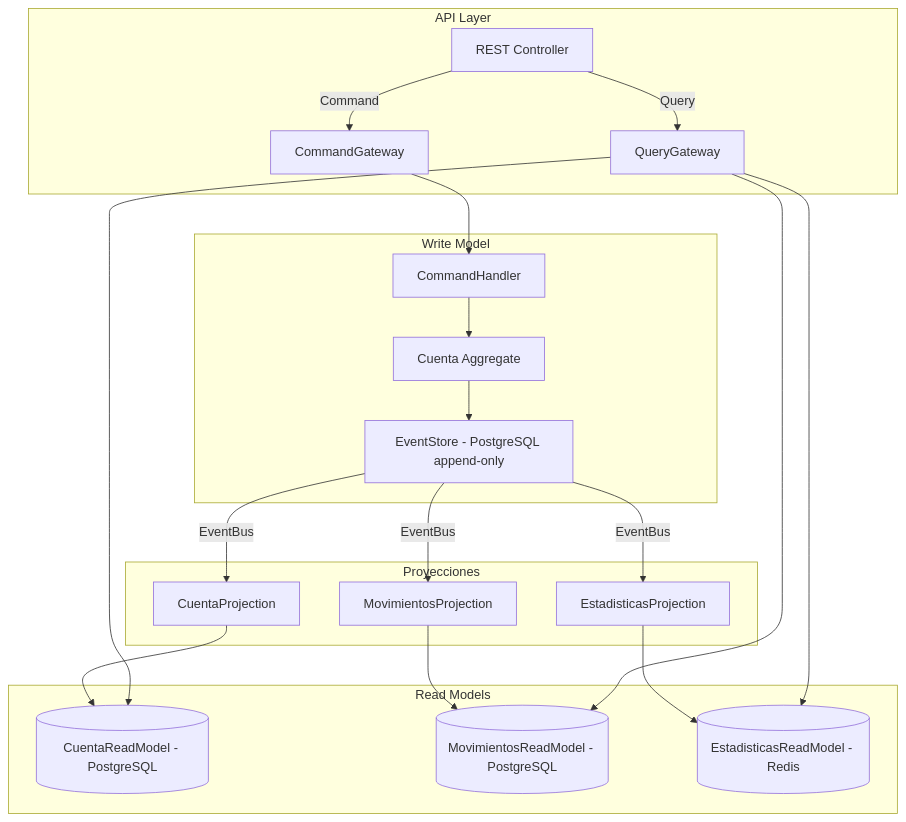
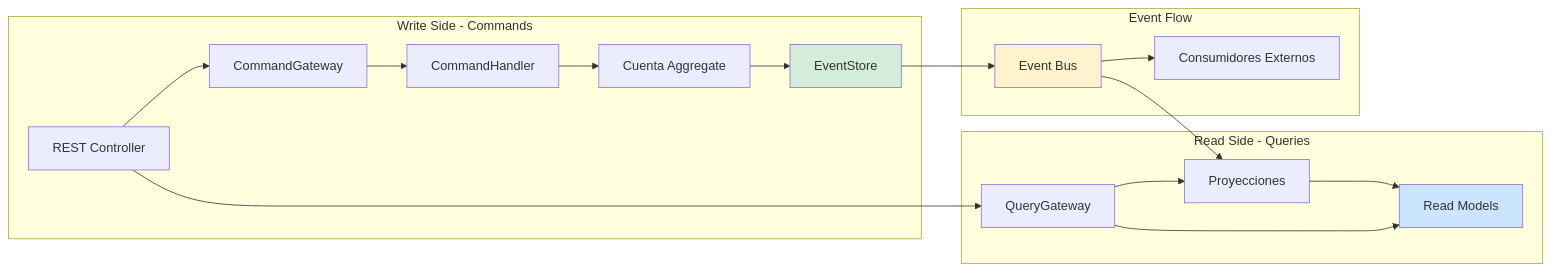
Before and after one commit to Joaquinriosheredia/DAM-Java-Mastery: the second of 3 diagrams in 02_Arquitectura/event_sourcing_y_cqrs_con_java_21_y_spring_boot_STAFF.md, drawn with Mermaid. The commit also changed other lines of this file, not shown here.

Commit message:
event_sourcing_y_cqrs_con_java_21_y_spring_boot_STAFF.md

````diff
--- a/02_Arquitectura/event_sourcing_y_cqrs_con_java_21_y_spring_boot_STAFF.md
+++ b/02_Arquitectura/event_sourcing_y_cqrs_con_java_21_y_spring_boot_STAFF.md
@@ -64,37 +111,26 @@
 ```mermaid
-graph TD
-    subgraph API Layer
-        A[REST Controller]
-        B[CommandGateway]
-        C[QueryGateway]
+graph LR
+    subgraph "Write Side - Commands"
+        API[REST Controller] --> CMD_GATE[CommandGateway]
+        CMD_GATE --> HANDLER[CommandHandler]
+        HANDLER --> AGG[Cuenta Aggregate]
+        AGG --> STORE[EventStore]
     end
-    subgraph Write Model
-        D[CommandHandler]
-        E[Cuenta Aggregate]
-        F[EventStore - PostgreSQL append-only]
+    
+    subgraph "Read Side - Queries"
+        API --> QUERY_GATE[QueryGateway]
+        QUERY_GATE --> PROJ[Proyecciones]
+        PROJ --> READ_DB[Read Models]
+        QUERY_GATE --> READ_DB
     end
-    subgraph Proyecciones
-        G[CuentaProjection]
-        H[MovimientosProjection]
-        I[EstadisticasProjection]
+    
+    subgraph "Event Flow"
+        STORE --> EVT_BUS[Event Bus]
+        EVT_BUS --> PROJ
+        EVT_BUS --> EXT[Consumidores Externos]
     end
-    subgraph Read Models
-        J[(CuentaReadModel - PostgreSQL)]
-        K[(MovimientosReadModel - PostgreSQL)]
-        L[(EstadisticasReadModel - Redis)]
-    end
-    A -->|Command| B
-    A -->|Query| C
-    B --> D
-    D --> E
-    E --> F
-    F -->|EventBus| G
-    F -->|EventBus| H
-    F -->|EventBus| I
-    G --> J
-    H --> K
-    I --> L
-    C --> J
-    C --> K
-    C --> L
+    
+    style STORE fill:#d4edda
+    style READ_DB fill:#cce5ff
+    style EVT_BUS fill:#fff3cd
 ```
````
